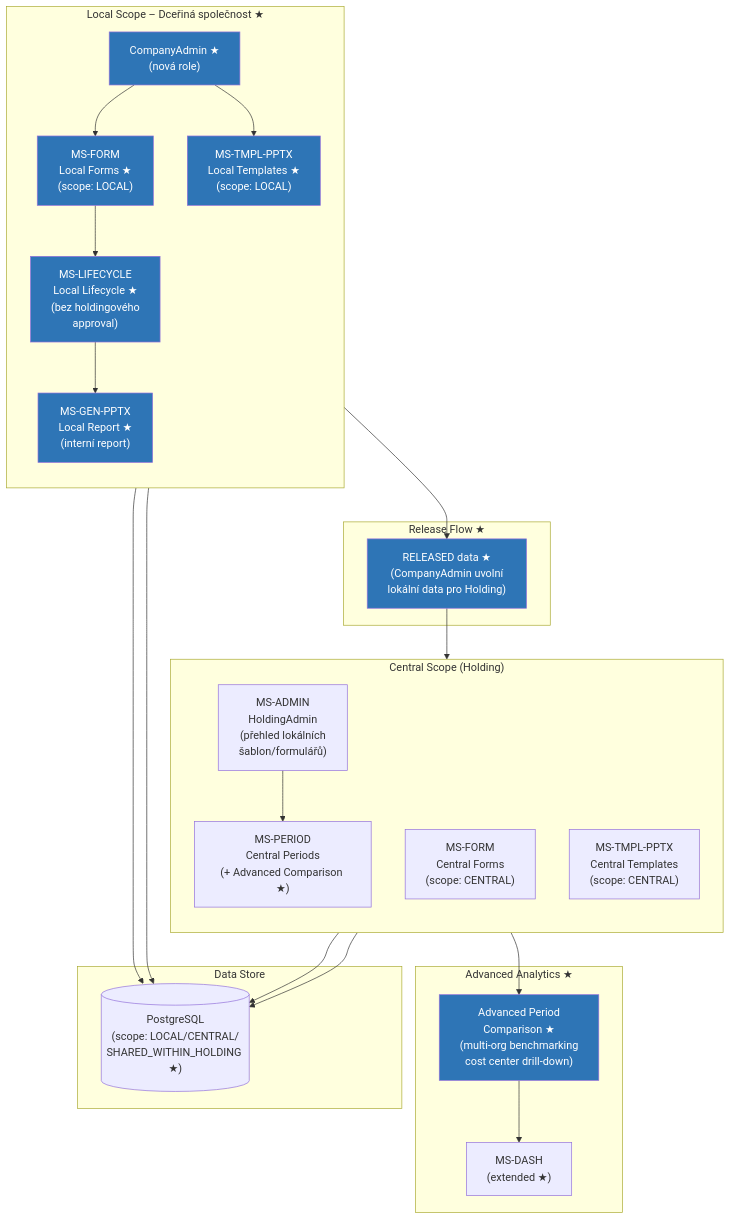
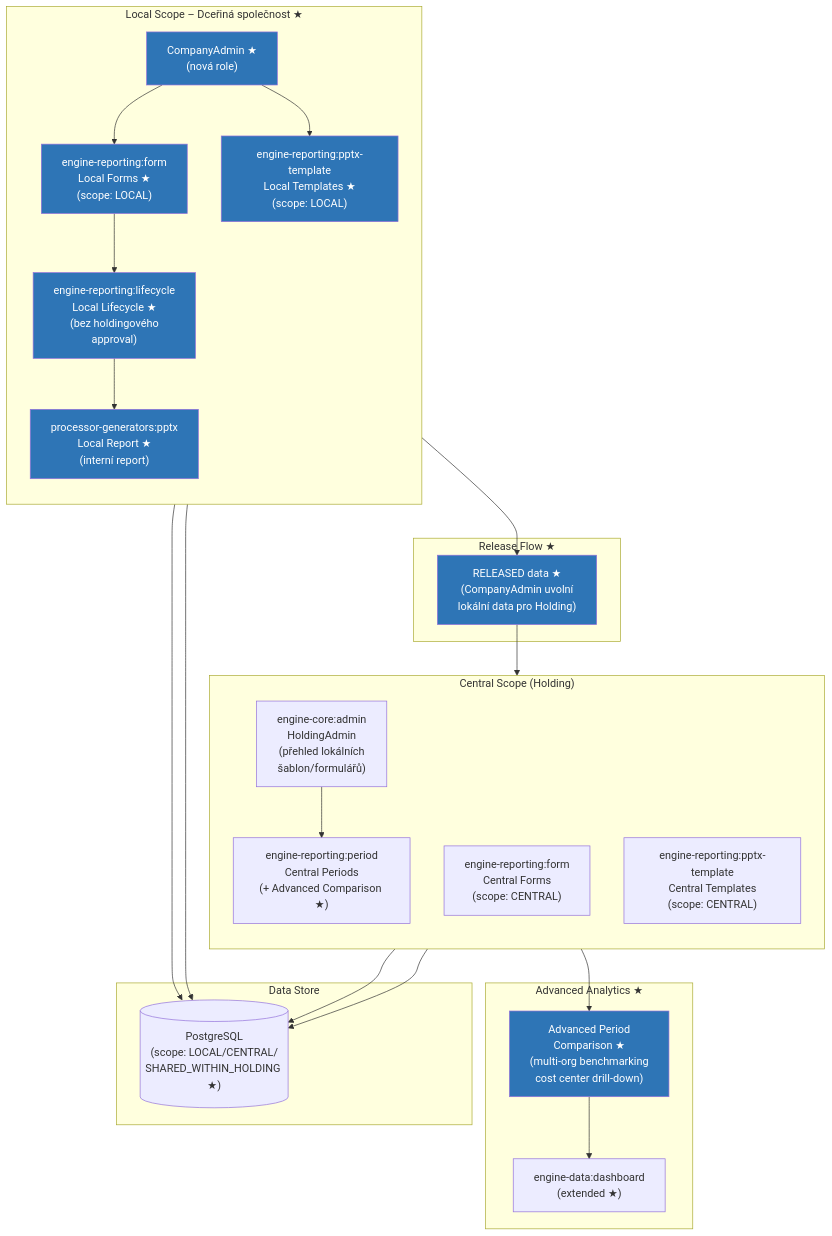
Before and after one commit to JanBartyzal/ReportAutomatization: the ninth of 10 diagrams in docs/documents/architecture_diagrams.md, drawn with Mermaid. The commit also changed other lines of this file and 149 other files, not shown here.

````diff
--- a/docs/documents/architecture_diagrams.md
+++ b/docs/documents/architecture_diagrams.md
@@ -675,54 +675,54 @@
 ```mermaid
 graph TB
     subgraph "Central Scope (Holding)"
         direction TB
-        ADMIN_H["MS-ADMIN\nHoldingAdmin\n(přehled lokálních\nšablon/formulářů)"]
-        PERIOD_C["MS-PERIOD\nCentral Periods\n(+ Advanced Comparison ★)"]
-        FORM_C["MS-FORM\nCentral Forms\n(scope: CENTRAL)"]
-        TMPL_C["MS-TMPL-PPTX\nCentral Templates\n(scope: CENTRAL)"]
+        ADMIN_H["engine-core:admin\nHoldingAdmin\n(přehled lokálních\nšablon/formulářů)"]
+        PERIOD_C["engine-reporting:period\nCentral Periods\n(+ Advanced Comparison ★)"]
+        FORM_C["engine-reporting:form\nCentral Forms\n(scope: CENTRAL)"]
+        TMPL_C["engine-reporting:pptx-template\nCentral Templates\n(scope: CENTRAL)"]
     end
 
     subgraph "Local Scope – Dceřiná společnost ★"
         direction TB
         CADMIN["CompanyAdmin ★\n(nová role)"]
-        FORM_L["MS-FORM\nLocal Forms ★\n(scope: LOCAL)"]
-        TMPL_L["MS-TMPL-PPTX\nLocal Templates ★\n(scope: LOCAL)"]
-        LIFE_L["MS-LIFECYCLE\nLocal Lifecycle ★\n(bez holdingového\napproval)"]
-        GEN_L["MS-GEN-PPTX\nLocal Report ★\n(interní report)"]
+        FORM_L["engine-reporting:form\nLocal Forms ★\n(scope: LOCAL)"]
+        TMPL_L["engine-reporting:pptx-template\nLocal Templates ★\n(scope: LOCAL)"]
+        LIFE_L["engine-reporting:lifecycle\nLocal Lifecycle ★\n(bez holdingového\napproval)"]
+        GEN_L["processor-generators:pptx\nLocal Report ★\n(interní report)"]
     end
 
     subgraph "Release Flow ★"
         REL["RELEASED data ★\n(CompanyAdmin uvolní\nlokální data pro Holding)"]
     end
 
     subgraph "Advanced Analytics ★"
         COMP["Advanced Period\nComparison ★\n(multi-org benchmarking\ncost center drill-down)"]
-        DASH["MS-DASH\n(extended ★)"]
+        DASH["engine-data:dashboard\n(extended ★)"]
     end
 
     subgraph "Data Store"
         PG[("PostgreSQL\n(scope: LOCAL/CENTRAL/\nSHARED_WITHIN_HOLDING ★)")]
     end
 
     CADMIN --> FORM_L
     CADMIN --> TMPL_L
     FORM_L --> LIFE_L
     LIFE_L --> GEN_L
     FORM_L --> REL
     REL --> ADMIN_H
     ADMIN_H --> PERIOD_C
     PERIOD_C --> COMP
     COMP --> DASH
     FORM_L --> PG
     FORM_C --> PG
     TMPL_L --> PG
     TMPL_C --> PG
 
     style CADMIN fill:#2E75B6,color:#fff
     style FORM_L fill:#2E75B6,color:#fff
     style TMPL_L fill:#2E75B6,color:#fff
     style LIFE_L fill:#2E75B6,color:#fff
     style GEN_L fill:#2E75B6,color:#fff
     style REL fill:#2E75B6,color:#fff
     style COMP fill:#2E75B6,color:#fff
 ```
````
